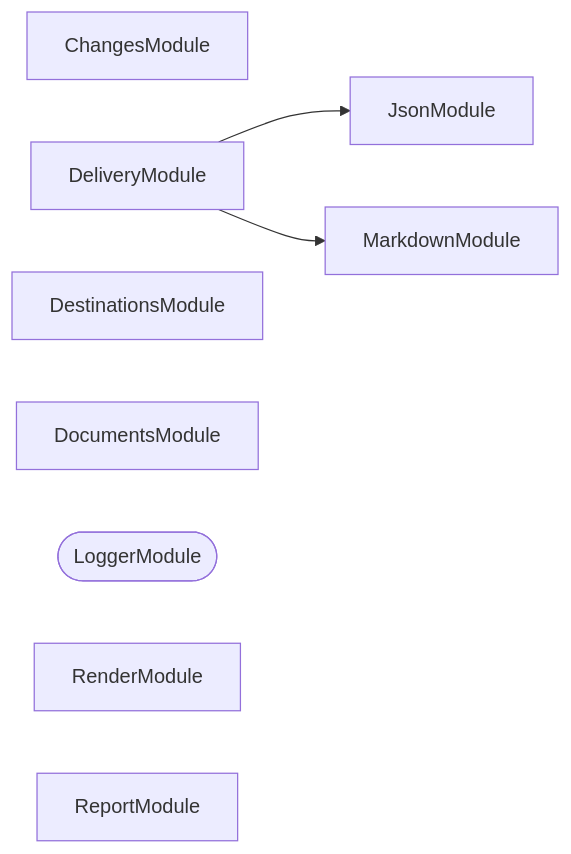
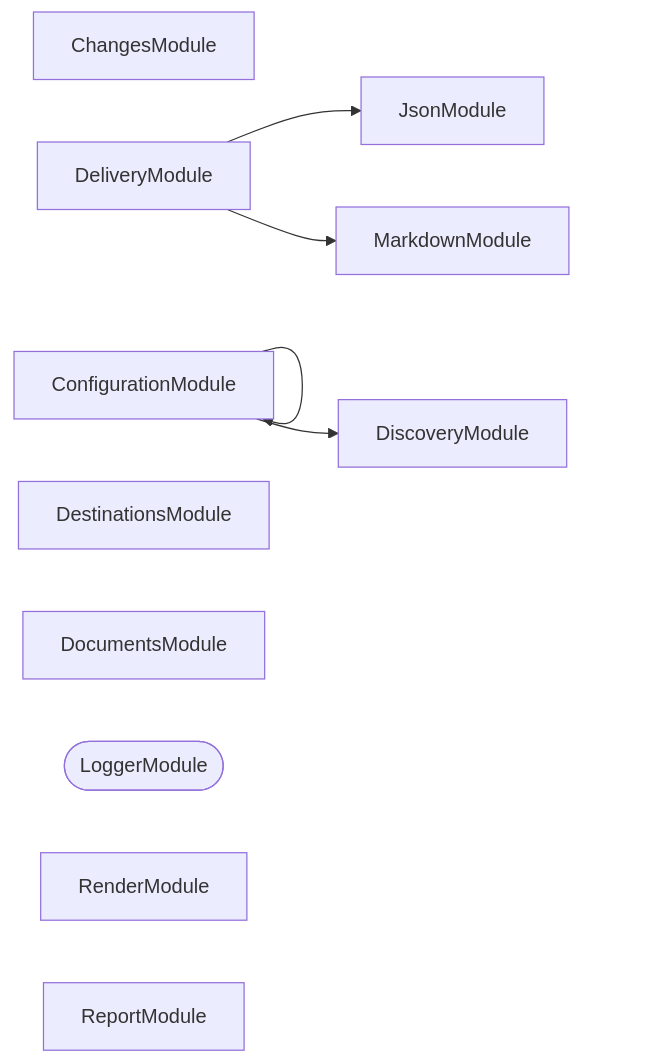
The second of 3 diagrams in packages/ic-suite/codometer/codometer-output/README.md (JimmyPaolini/codebase), drawn with Mermaid before and after one commit. The commit also changed other lines of this file and 32 other files, not shown here.

````diff
--- a/packages/ic-suite/codometer/codometer-output/README.md
+++ b/packages/ic-suite/codometer/codometer-output/README.md
@@ -171,14 +184,18 @@
 ```mermaid
 flowchart LR
   ChangesModule
+  ConfigurationModule
   DeliveryModule
   DestinationsModule
+  DiscoveryModule
   DocumentsModule
   JsonModule
   LoggerModule([LoggerModule])
   MarkdownModule
   RenderModule
   ReportModule
+  ConfigurationModule --> ConfigurationModule
+  ConfigurationModule --> DiscoveryModule
   DeliveryModule --> JsonModule
   DeliveryModule --> MarkdownModule
 ```
````
